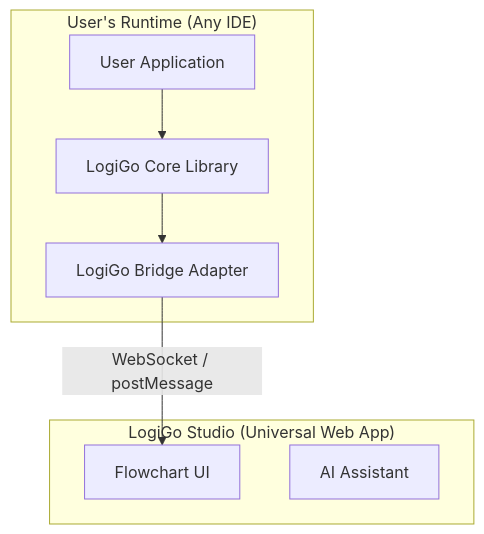
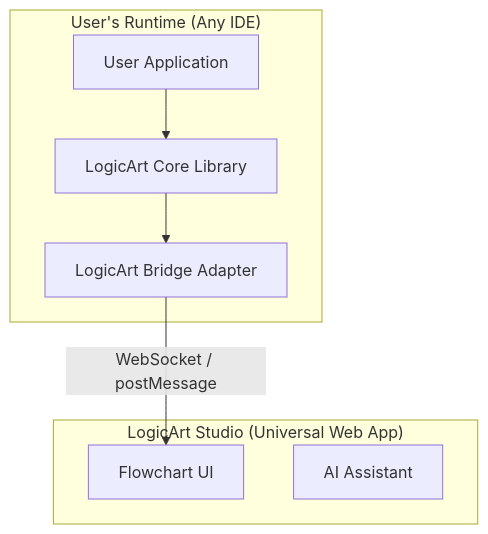
One commit to JPaulGrayson/Logicart changed the diagram in LOGIGO_ARCHITECTURE_PROPOSAL.md. Above: the diagram before and after it, drawn with Mermaid. The commit also changed other lines of this file and 137 other files, not shown here.

First line of the commit message:
Rebrand: LogiGo → LogicArt documentation and UI updates

````diff
--- a/LOGIGO_ARCHITECTURE_PROPOSAL.md
+++ b/LOGIGO_ARCHITECTURE_PROPOSAL.md
@@ -12,17 +12,17 @@
 ```mermaid
 graph TD
     subgraph "User's Runtime (Any IDE)"
         App[User Application]
-        Core[LogiGo Core Library]
-        Bridge[LogiGo Bridge Adapter]
+        Core[LogicArt Core Library]
+        Bridge[LogicArt Bridge Adapter]
     end
 
-    subgraph "LogiGo Studio (Universal Web App)"
+    subgraph "LogicArt Studio (Universal Web App)"
         UI[Flowchart UI]
         AI[AI Assistant]
     end
 
     App --> Core
     Core --> Bridge
     Bridge -- "WebSocket / postMessage" --> UI
 ```
````
